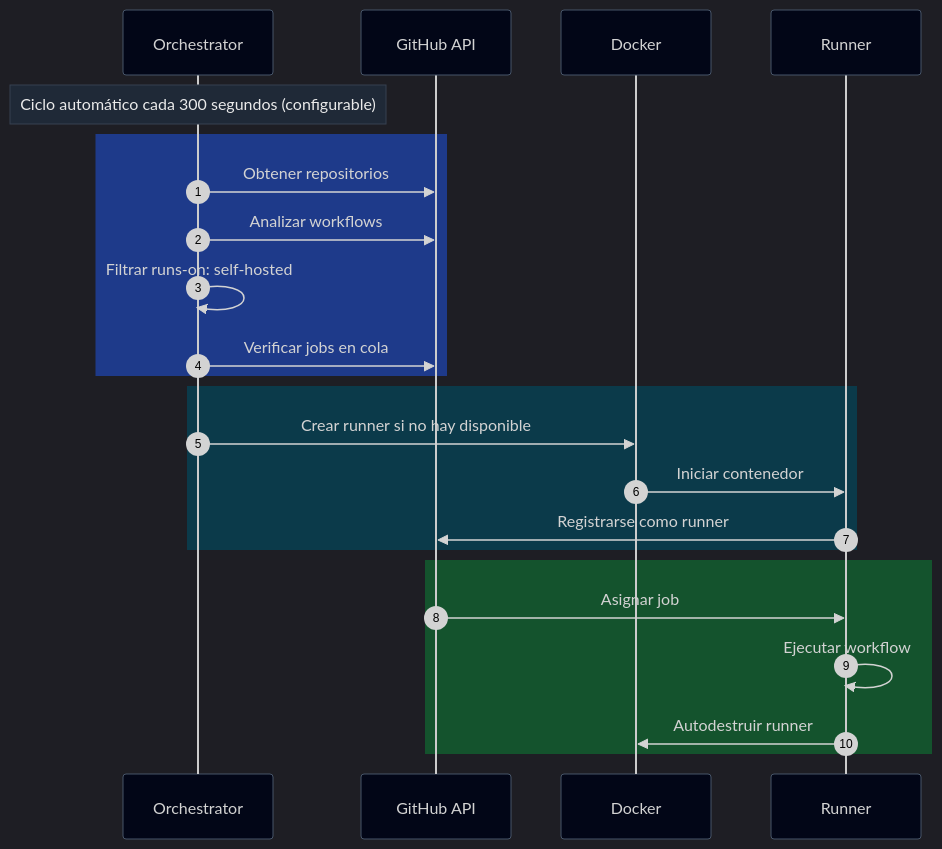
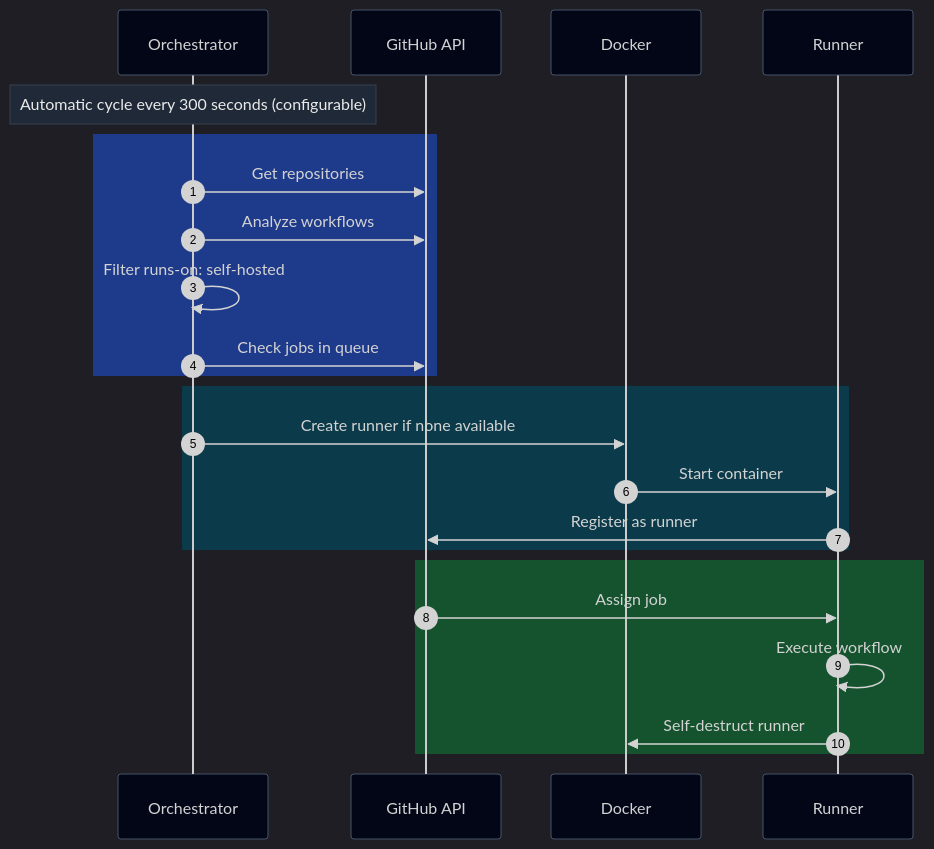
One commit to eliaspizarro/gha-ephemeral-runners changed the third of 3 diagrams in README.md. Above: the diagram before and after it, drawn with Mermaid. The commit also changed other lines of this file and 1 other file, not shown here.

````diff
--- a/README.md
+++ b/README.md
@@ -423,45 +408,45 @@
 ```mermaid
 %%{init: {
   "theme": "dark",
   "themeVariables": {
     "fontFamily": "Inter, Segoe UI, Arial",
     "fontSize": "14px",
     "primaryTextColor": "#EAEAEA",
     "lineColor": "#9CA3AF",
     "noteTextColor": "#EAEAEA",
     "noteBkgColor": "#1F2937",
     "noteBorderColor": "#374151",
     "actorBkg": "#020617",
     "actorBorder": "#475569"
   }
 }}%%
 
 sequenceDiagram
     autonumber
 
     participant ORQ as Orchestrator
     participant GH as GitHub API
     participant DOCKER as Docker
     participant RUN as Runner
 
-    Note over ORQ: Ciclo automático cada 300 segundos (configurable)
+    Note over ORQ: Automatic cycle every 300 seconds (configurable)
 
     rect rgb(30,58,138)
-        ORQ->>GH: Obtener repositorios
-        ORQ->>GH: Analizar workflows
-        ORQ->>ORQ: Filtrar runs-on: self-hosted
-        ORQ->>GH: Verificar jobs en cola
+        ORQ->>GH: Get repositories
+        ORQ->>GH: Analyze workflows
+        ORQ->>ORQ: Filter runs-on: self-hosted
+        ORQ->>GH: Check jobs in queue
     end
 
     rect rgb(11,58,74)
-        ORQ->>DOCKER: Crear runner si no hay disponible
-        DOCKER->>RUN: Iniciar contenedor
-        RUN->>GH: Registrarse como runner
+        ORQ->>DOCKER: Create runner if none available
+        DOCKER->>RUN: Start container
+        RUN->>GH: Register as runner
     end
 
     rect rgb(20,83,45)
-        GH->>RUN: Asignar job
-        RUN->>RUN: Ejecutar workflow
-        RUN->>DOCKER: Autodestruir runner
+        GH->>RUN: Assign job
+        RUN->>RUN: Execute workflow
+        RUN->>DOCKER: Self-destruct runner
     end
 ```
````
